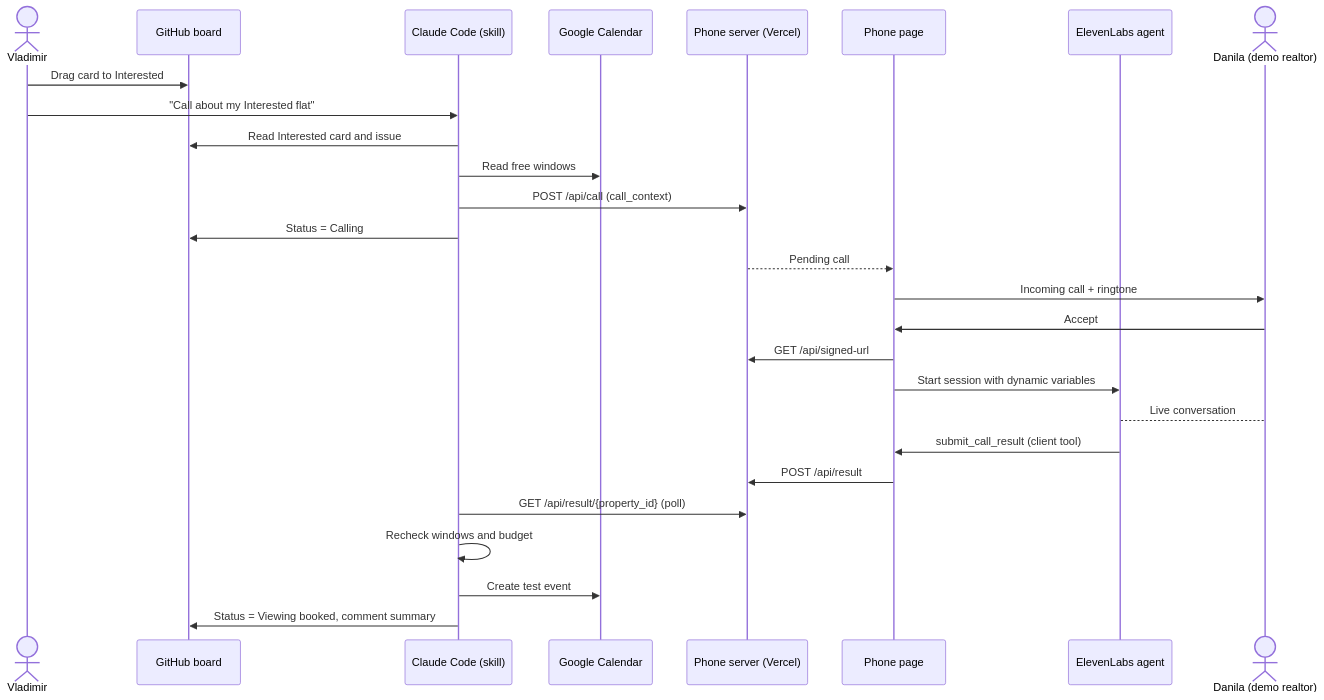
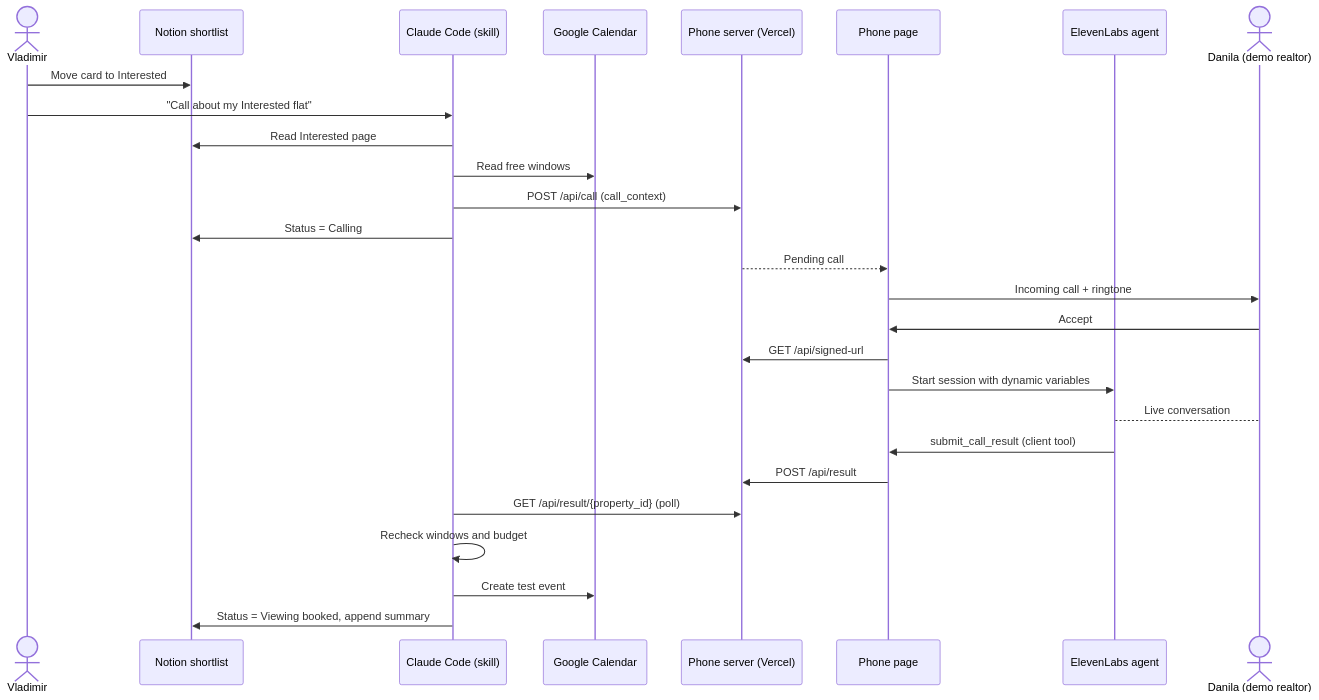
One commit to Skilux/domovoy changed the second of 2 diagrams in docs/prd/README.md. Above: the diagram before and after it, drawn with Mermaid. The commit also changed other lines of this file and 10 other files, not shown here.

First line of the commit message:
docs: actor PRD and switch shortlist from GitHub board to Notion

````diff
--- a/docs/prd/README.md
+++ b/docs/prd/README.md
@@ -48,29 +47,29 @@
 ```mermaid
 sequenceDiagram
   actor V as Vladimir
-  participant B as GitHub board
+  participant N as Notion shortlist
   participant C as Claude Code (skill)
   participant Cal as Google Calendar
   participant S as Phone server (Vercel)
   participant P as Phone page
   participant E as ElevenLabs agent
   actor D as Danila (demo realtor)
-  V->>B: Drag card to Interested
+  V->>N: Move card to Interested
   V->>C: "Call about my Interested flat"
-  C->>B: Read Interested card and issue
+  C->>N: Read Interested page
   C->>Cal: Read free windows
   C->>S: POST /api/call (call_context)
-  C->>B: Status = Calling
+  C->>N: Status = Calling
   S-->>P: Pending call
   P->>D: Incoming call + ringtone
   D->>P: Accept
   P->>S: GET /api/signed-url
   P->>E: Start session with dynamic variables
   E-->D: Live conversation
   E->>P: submit_call_result (client tool)
   P->>S: POST /api/result
   C->>S: GET /api/result/{property_id} (poll)
   C->>C: Recheck windows and budget
   C->>Cal: Create test event
-  C->>B: Status = Viewing booked, comment summary
+  C->>N: Status = Viewing booked, append summary
 ```
````
